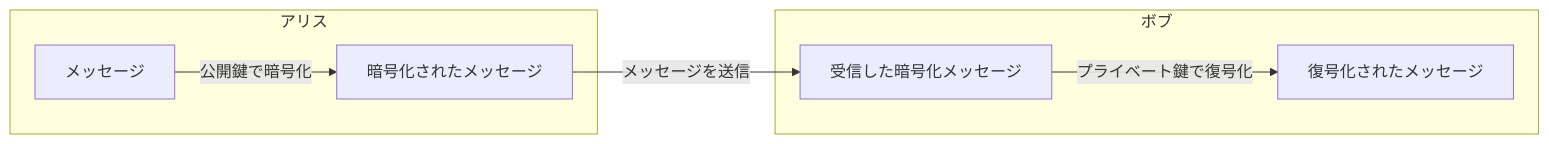
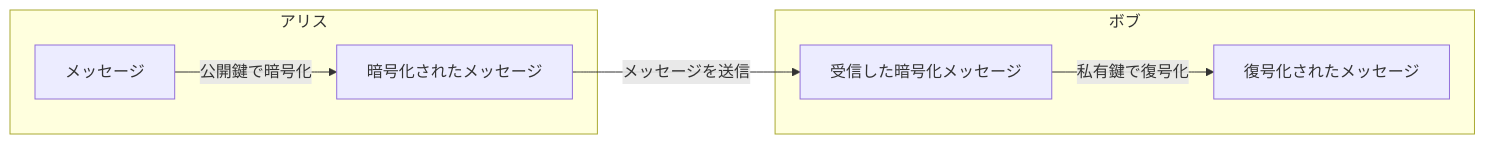
Before and after one commit to shuji-bonji/Notes-about-Digital-Signatures-and-Timestamps: the first of 2 diagrams in PublicKeyCryptography.md, drawn with Mermaid. The commit also changed other lines of this file and 7 other files, not shown here.

````diff
--- a/PublicKeyCryptography.md
+++ b/PublicKeyCryptography.md
@@ -42,13 +42,13 @@
 ```mermaid
 graph LR
     subgraph アリス
         A[メッセージ] -->|公開鍵で暗号化| B[暗号化されたメッセージ]
     end
 
     subgraph ボブ
-        C[受信した暗号化メッセージ] -->|プライベート鍵で復号化| D[復号化されたメッセージ]
+        C[受信した暗号化メッセージ] -->|私有鍵で復号化| D[復号化されたメッセージ]
     end
 
     B -->|メッセージを送信| C
 
 ```
````
